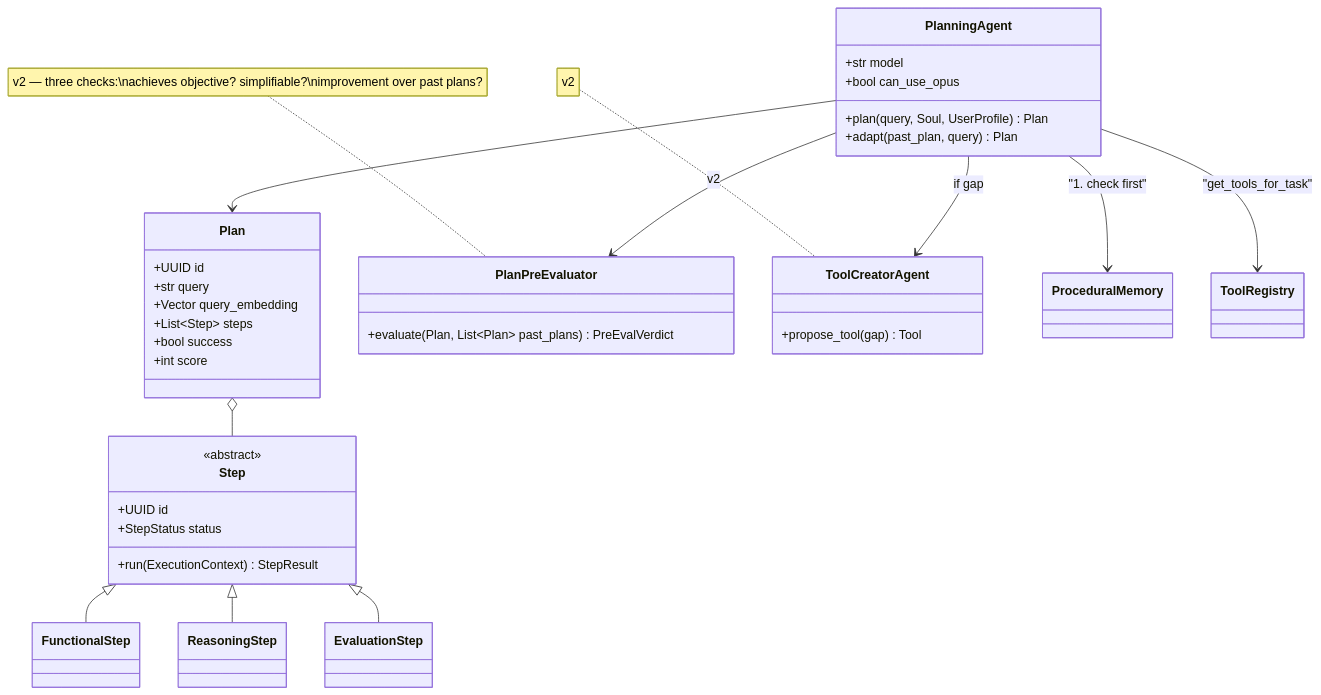
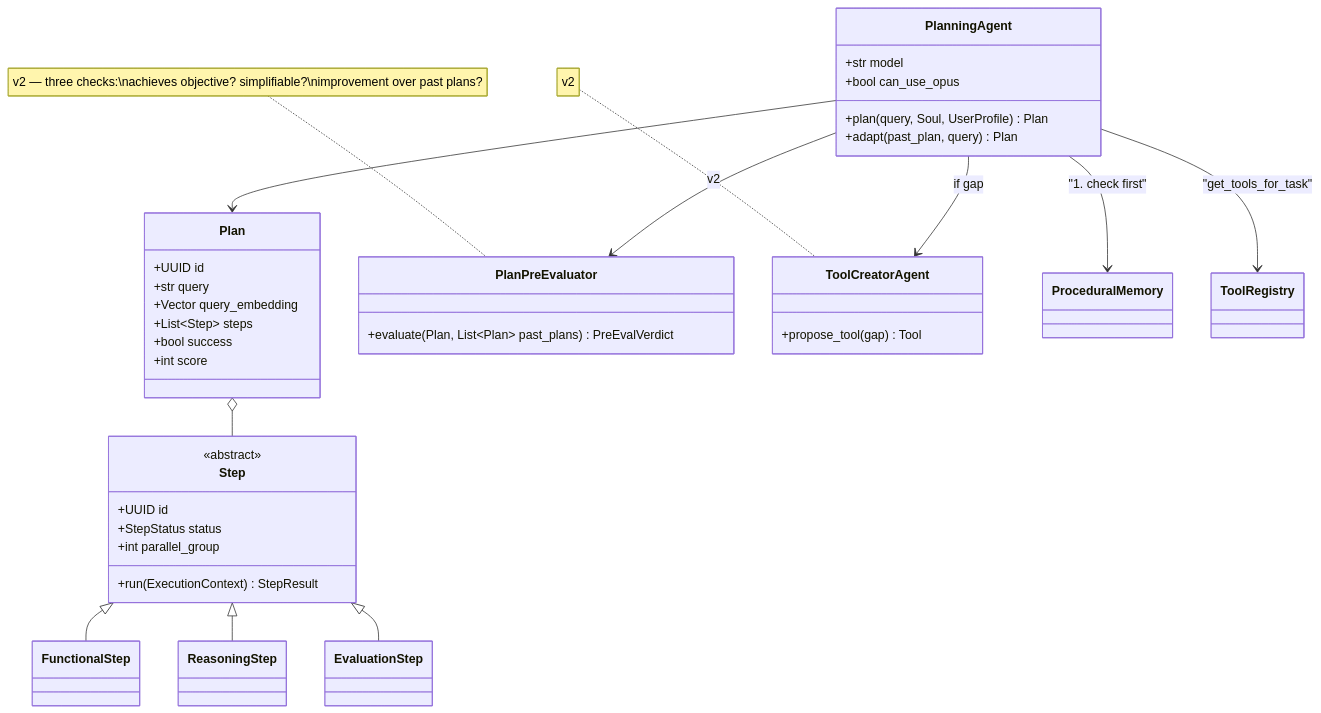
Before and after one commit to wolfpaw-ai/WolfPaw: the third of 6 diagrams in README.md, drawn with Mermaid. The commit also changed other lines of this file and 5 other files, not shown here.

````diff
--- a/README.md
+++ b/README.md
@@ -160,51 +160,52 @@
 ```mermaid
 classDiagram
     direction TB
 
     class PlanningAgent {
         +str model
         +bool can_use_opus
         +plan(query, Soul, UserProfile) Plan
         +adapt(past_plan, query) Plan
     }
 
     class Plan {
         +UUID id
         +str query
         +Vector query_embedding
         +List~Step~ steps
         +bool success
         +int score
     }
 
     class Step {
         <<abstract>>
         +UUID id
         +StepStatus status
+        +int parallel_group
         +run(ExecutionContext) StepResult
     }
 
     class FunctionalStep
     class ReasoningStep
     class EvaluationStep
     Step <|-- FunctionalStep
     Step <|-- ReasoningStep
     Step <|-- EvaluationStep
 
     class PlanPreEvaluator {
         +evaluate(Plan, List~Plan~ past_plans) PreEvalVerdict
     }
     note for PlanPreEvaluator "v2 — three checks:\nachieves objective? simplifiable?\nimprovement over past plans?"
 
     class ToolCreatorAgent {
         +propose_tool(gap) Tool
     }
     note for ToolCreatorAgent "v2"
 
     PlanningAgent --> Plan
     PlanningAgent --> ProceduralMemory : "1. check first"
     PlanningAgent --> ToolRegistry : "get_tools_for_task"
     PlanningAgent --> ToolCreatorAgent : if gap
     PlanningAgent --> PlanPreEvaluator : v2
     Plan o-- Step
 ```
````
